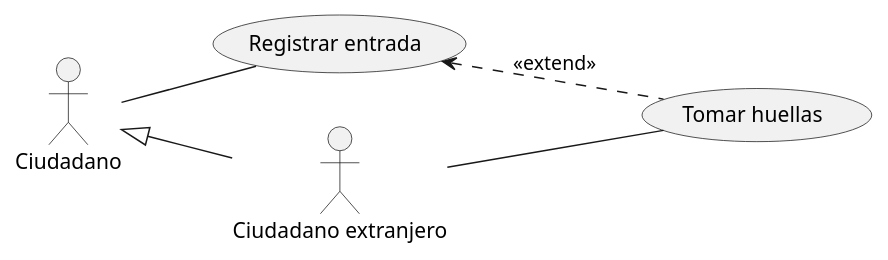
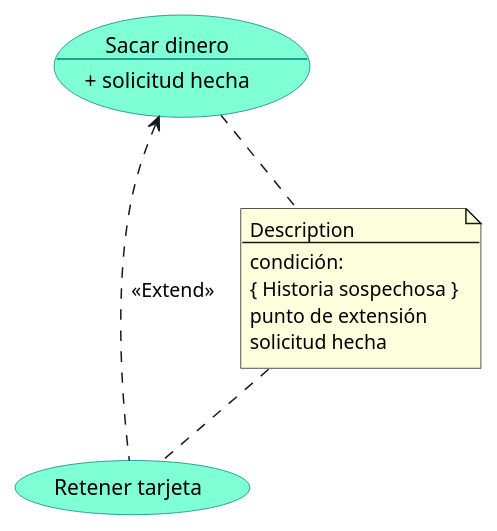
Before and after one commit to NuriaSan/Practica_Clases_PlantUml: the diagram in src/Proyecto.puml, drawn with PlantUML. The commit also changed 1 other file, not shown here.

Commit message:
Puntos de extensión

```diff
--- a/src/Proyecto.puml
+++ b/src/Proyecto.puml
@@ -1,11 +1,21 @@
 @startuml
-left to right direction
-usecase "Registrar entrada" as re
-usecase "Tomar huellas" as th
+skinparam usecase {
+BackgroundColor Aquamarine
+BorderColor Teal
+}
+usecase sd as "Sacar dinero
+--
++ solicitud hecha"
 
-    Ciudadano -- re
-    "Ciudadano extranjero" -- th
-    Ciudadano <|-- "Ciudadano extranjero"
-    re <.. th : <<extend>>
+usecase "Retener tarjeta" as rt
+    sd <.. rt : <<Extend>>
+
+note "Description\n--\ncondición:\n{ Historia sospechosa }\npunto de extensión\nsolicitud hecha" as n1
+    sd .. n1
+    n1 .. rt
+
+
+
+
 
 @enduml
```
